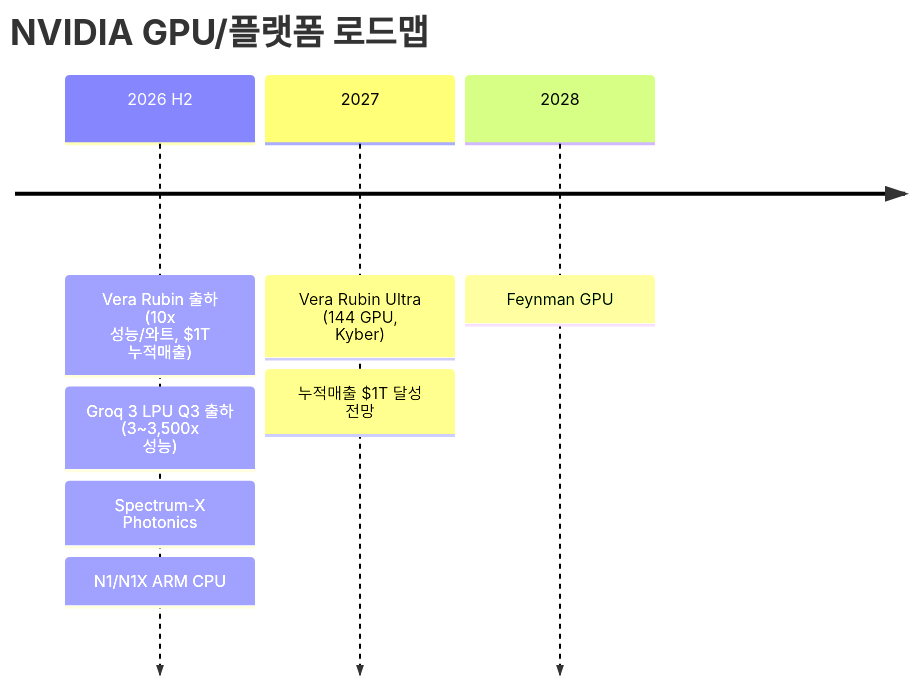
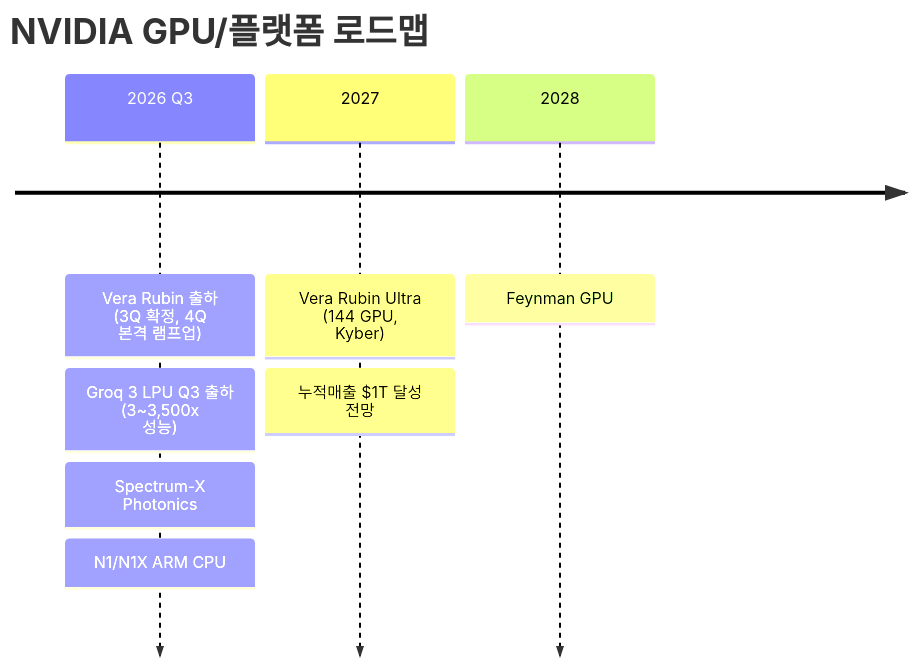
One commit to dss99911/dss99911.github.io changed the diagram in _posts/knowledge/invest/2026-01-17-semiconductor-sector-outlook-2026.md. Above: the diagram before and after it, drawn with Mermaid. The commit also changed other lines of this file, not shown here.

````diff
--- a/_posts/knowledge/invest/2026-01-17-semiconductor-sector-outlook-2026.md
+++ b/_posts/knowledge/invest/2026-01-17-semiconductor-sector-outlook-2026.md
@@ -488,11 +589,11 @@
 ```mermaid
 timeline
     title NVIDIA GPU/플랫폼 로드맵
-    2026 H2 : Vera Rubin 출하 #40;10x 성능/와트, $1T 누적매출#41;
+    2026 Q3 : Vera Rubin 출하 #40;3Q 확정, 4Q 본격 램프업#41;
              : Groq 3 LPU Q3 출하 #40;3~3,500x 성능#41;
              : Spectrum-X Photonics
              : N1/N1X ARM CPU
     2027    : Vera Rubin Ultra #40;144 GPU, Kyber#41;
              : 누적매출 $1T 달성 전망
     2028    : Feynman GPU
 ```
````
